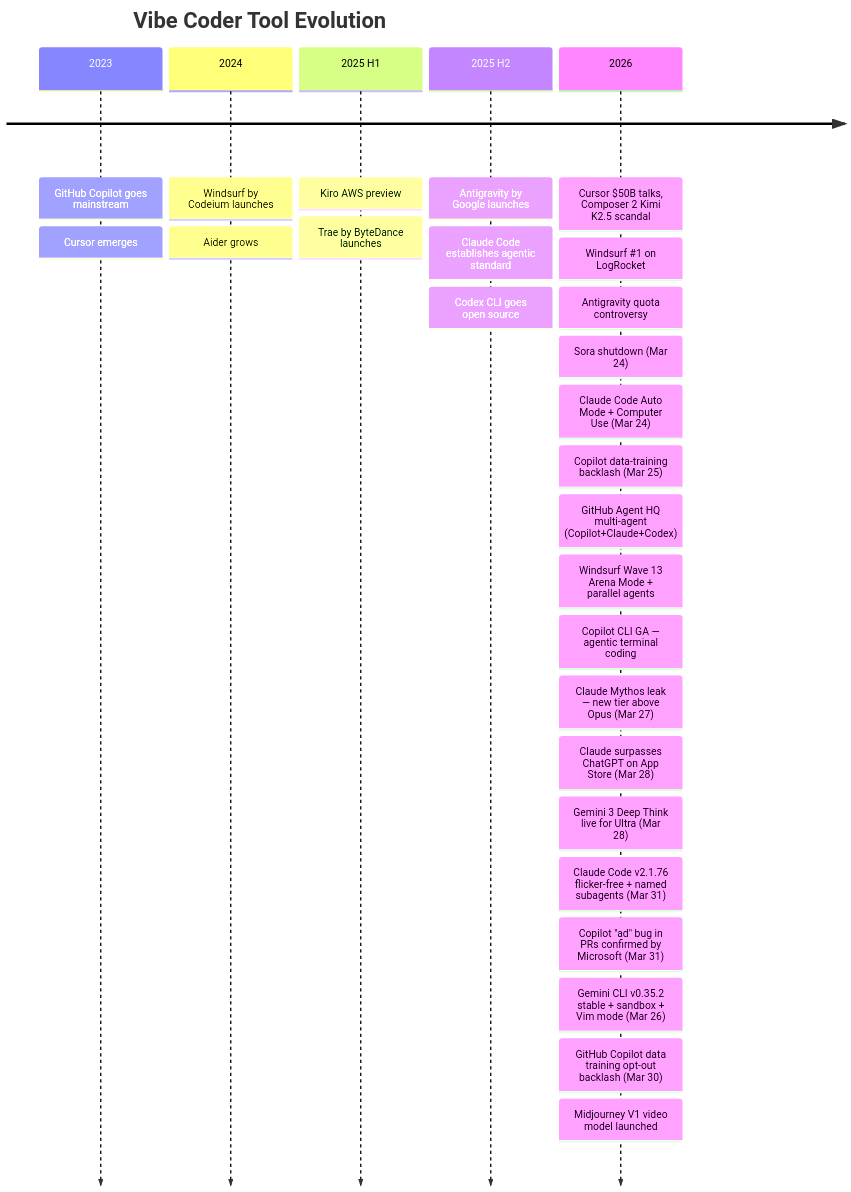
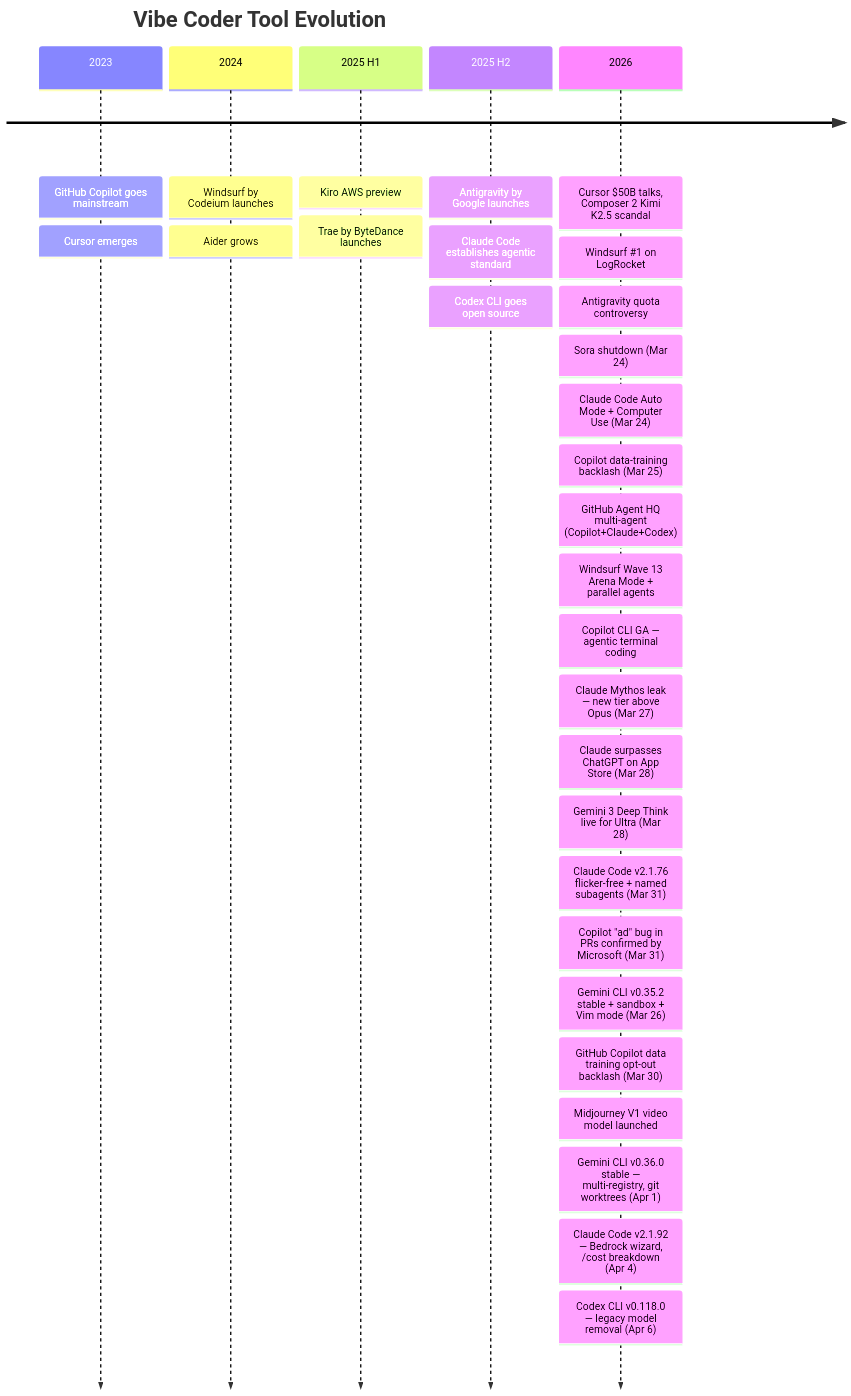
Before and after one commit to Lazere4385/ai-whatchelin: the first of 11 diagrams in README.md, drawn with Mermaid. The commit also changed other lines of this file and 2 other files, not shown here.

````diff
--- a/README.md
+++ b/README.md
@@ -116,30 +116,33 @@
 ```mermaid
 timeline
     title Vibe Coder Tool Evolution
     2023 : GitHub Copilot goes mainstream
          : Cursor emerges
     2024 : Windsurf by Codeium launches
          : Aider grows
     2025 H1 : Kiro AWS preview
             : Trae by ByteDance launches
     2025 H2 : Antigravity by Google launches
             : Claude Code establishes agentic standard
             : Codex CLI goes open source
     2026 : Cursor $50B talks, Composer 2 Kimi K2.5 scandal
          : Windsurf #1 on LogRocket
          : Antigravity quota controversy
          : Sora shutdown (Mar 24)
          : Claude Code Auto Mode + Computer Use (Mar 24)
          : Copilot data-training backlash (Mar 25)
          : GitHub Agent HQ multi-agent (Copilot+Claude+Codex)
          : Windsurf Wave 13 Arena Mode + parallel agents
          : Copilot CLI GA — agentic terminal coding
          : Claude Mythos leak — new tier above Opus (Mar 27)
          : Claude surpasses ChatGPT on App Store (Mar 28)
          : Gemini 3 Deep Think live for Ultra (Mar 28)
          : Claude Code v2.1.76 flicker-free + named subagents (Mar 31)
          : Copilot "ad" bug in PRs confirmed by Microsoft (Mar 31)
          : Gemini CLI v0.35.2 stable + sandbox + Vim mode (Mar 26)
          : GitHub Copilot data training opt-out backlash (Mar 30)
          : Midjourney V1 video model launched
+         : Gemini CLI v0.36.0 stable — multi-registry, git worktrees (Apr 1)
+         : Claude Code v2.1.92 — Bedrock wizard, /cost breakdown (Apr 4)
+         : Codex CLI v0.118.0 — legacy model removal (Apr 6)
 ```
````
